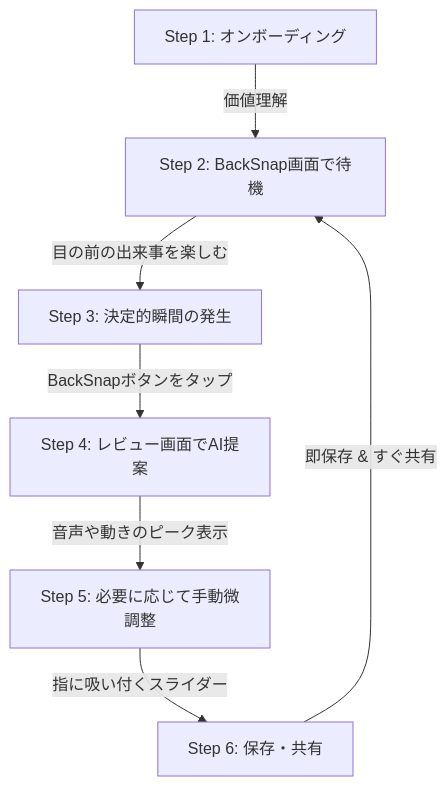
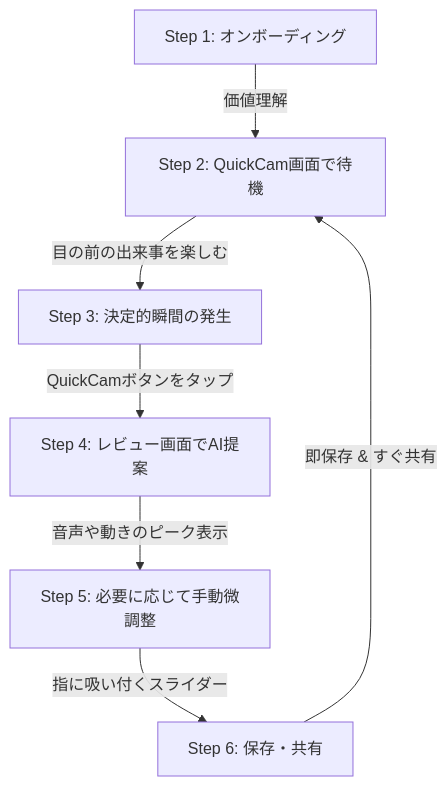
The second of 2 diagrams in kikakusyo.md (hurakan411/backsnap), drawn with Mermaid before and after one commit. The commit also changed other lines of this file, not shown here.

Commit message:
Update kikakusyo.md with latest QuickCam specs, design system, and widget integrations

````diff
--- a/kikakusyo.md
+++ b/kikakusyo.md
@@ -184,9 +182,9 @@
 ```mermaid
 graph TD
-    A[Step 1: オンボーディング] -->|価値理解| B[Step 2: BackSnap画面で待機]
+    A[Step 1: オンボーディング] -->|価値理解| B[Step 2: QuickCam画面で待機]
     B -->|目の前の出来事を楽しむ| C[Step 3: 決定的瞬間の発生]
-    C -->|BackSnapボタンをタップ| D[Step 4: レビュー画面でAI提案]
+    C -->|QuickCamボタンをタップ| D[Step 4: レビュー画面でAI提案]
     D -->|音声や動きのピーク表示| E[Step 5: 必要に応じて手動微調整]
     E -->|指に吸い付くスライダー| F[Step 6: 保存・共有]
     F -->|即保存 & すぐ共有| B
 ```
````
